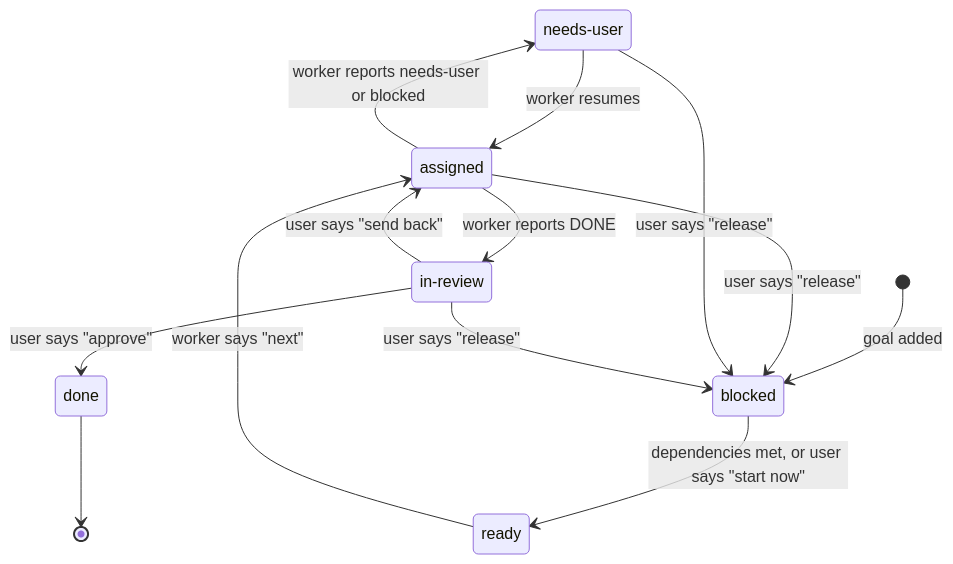
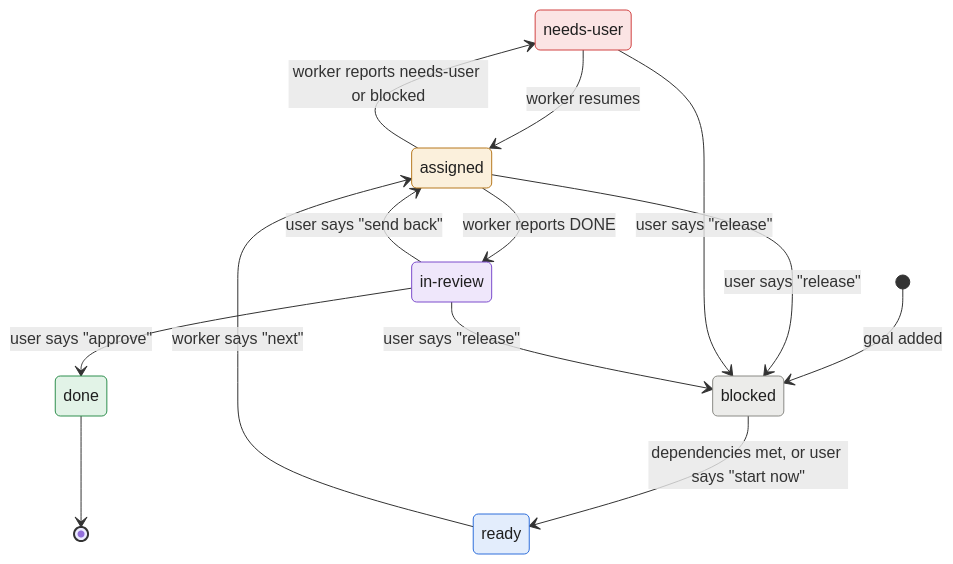
The diagram in plugins/orchestrator/README.md (sergicastro/skills), drawn with Mermaid before and after one commit. The commit also changed other lines of this file, not shown here.

Commit message:
docs(orchestrator): color the lifecycle diagram's states like the status page

````diff
--- a/plugins/orchestrator/README.md
+++ b/plugins/orchestrator/README.md
@@ -68,18 +68,31 @@
 ```mermaid
 stateDiagram-v2
     state "needs-user" as needs_user
     state "in-review" as in_review
 
     [*] --> blocked: goal added
     blocked --> ready: dependencies met, or user says "start now"
     ready --> assigned: worker says "next"
     assigned --> needs_user: worker reports needs-user or blocked
     needs_user --> assigned: worker resumes
     assigned --> in_review: worker reports DONE
     in_review --> done: user says "approve"
     in_review --> assigned: user says "send back"
     assigned --> blocked: user says "release"
     needs_user --> blocked: user says "release"
     in_review --> blocked: user says "release"
     done --> [*]
+
+    classDef blocked fill:#ececea,stroke:#8a8a85,color:#1f1f1f
+    classDef ready fill:#e3edfc,stroke:#2f6fdb,color:#1f1f1f
+    classDef assigned fill:#fbf0dc,stroke:#b7791f,color:#1f1f1f
+    classDef needsUser fill:#fbe4e4,stroke:#d14343,color:#1f1f1f
+    classDef inReview fill:#efe7fb,stroke:#7c4dcc,color:#1f1f1f
+    classDef done fill:#e2f3e7,stroke:#2f8f4e,color:#1f1f1f
+    class blocked blocked
+    class ready ready
+    class assigned assigned
+    class needs_user needsUser
+    class in_review inReview
+    class done done
 ```
````
